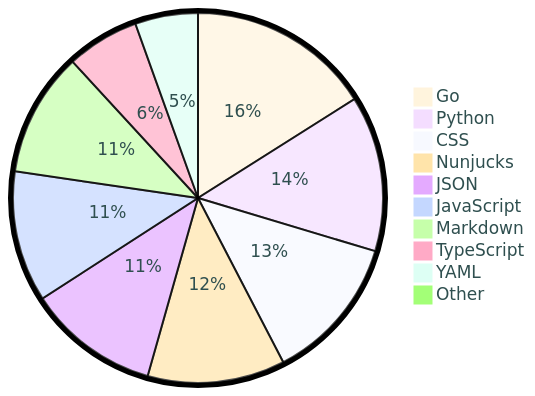
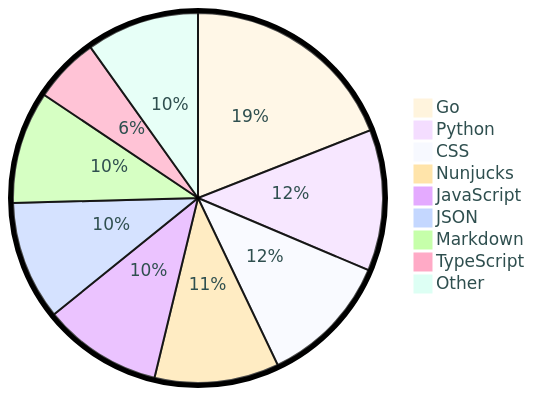
The diagram in README.md (tot0p/tot0p), drawn with Mermaid before and after one commit. The commit also changed other lines of this file, not shown here.

````diff
--- a/README.md
+++ b/README.md
@@ -127,14 +129,13 @@
 ```mermaid
 %%{init: {"pie": {"textPosition": 0.5}, "themeVariables": {"pieOuterStrokeWidth": "5px","primaryTextColor" : "#2F4F4F"},"theme":"base"} }%%
 pie
-	"Go": 15.96
-	"Python": 13.56
-	"CSS": 12.69
-	"Nunjucks": 11.96
-	"JSON": 11.43
-	"JavaScript": 11.4
-	"Markdown": 10.81
-	"TypeScript": 6.32
-	"YAML": 5.47
-	"Other": 0.4
+	"Go": 19.04
+	"Python": 12.33
+	"CSS": 11.54
+	"Nunjucks": 10.87
+	"JavaScript": 10.4
+	"JSON": 10.39
+	"Markdown": 9.83
+	"TypeScript": 5.74
+	"Other": 9.860000000000001
 ```
````
